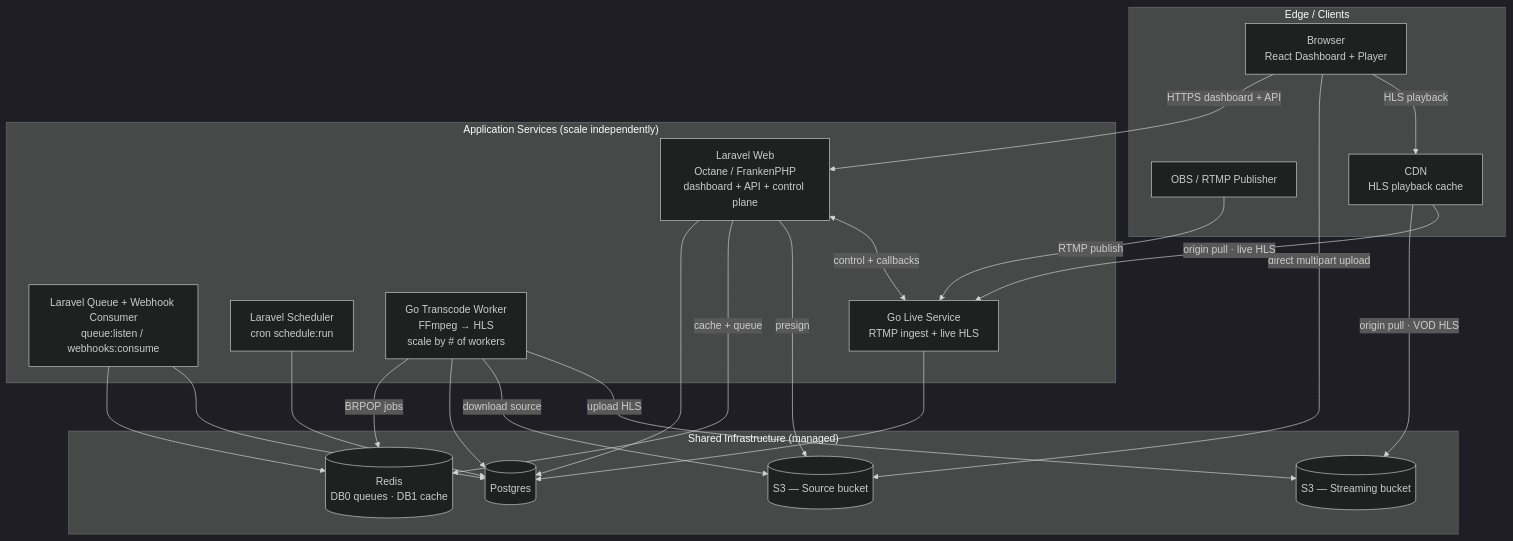
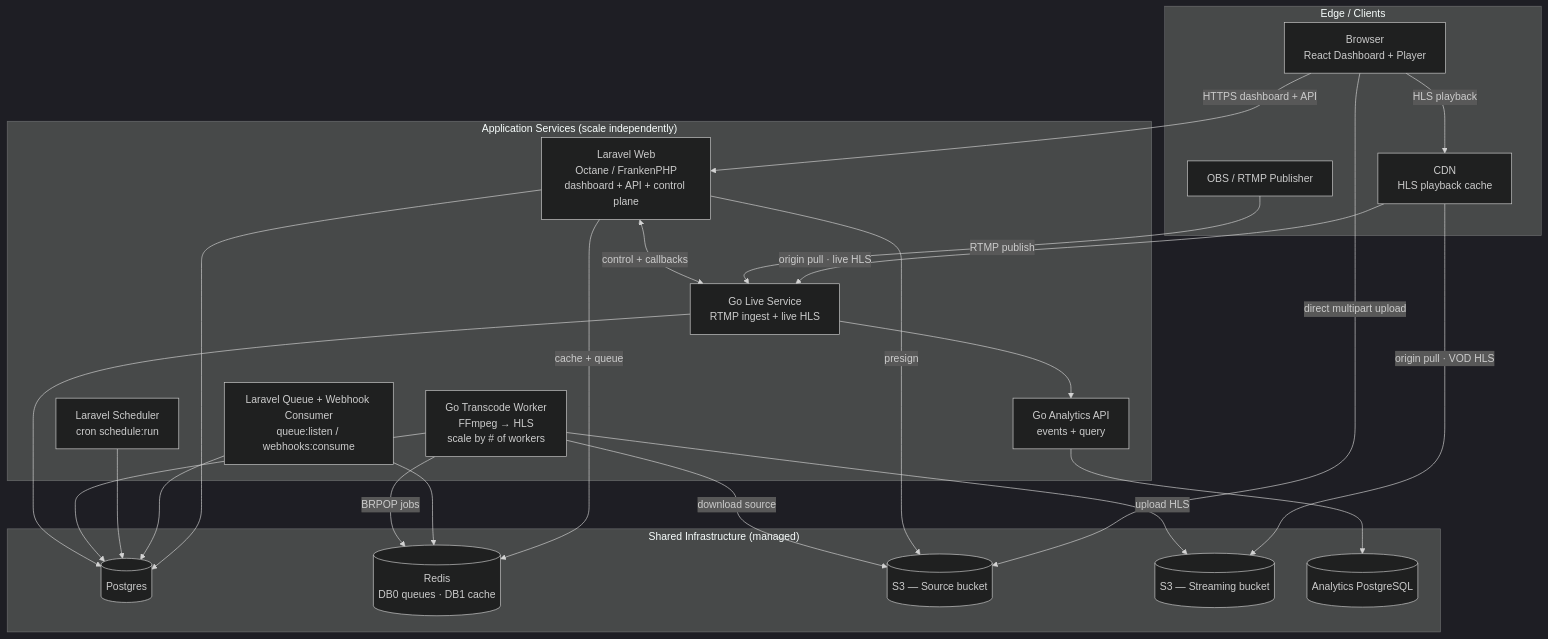
Before and after one commit to saturngod/oxygen: the second of 7 diagrams in README.md, drawn with Mermaid (dark theme). The commit also changed other lines of this file and 59 other files, not shown here.

````diff
--- a/README.md
+++ b/README.md
@@ -64,46 +68,50 @@
 ```mermaid
 graph TB
     subgraph edge["Edge / Clients"]
         BROWSER[Browser<br/>React Dashboard + Player]
         OBS[OBS / RTMP Publisher]
         CDN[CDN<br/>HLS playback cache]
     end
 
     subgraph app["Application Services (scale independently)"]
         LARAVEL[Laravel Web<br/>Octane / FrankenPHP<br/>dashboard + API + control plane]
         QUEUEW[Laravel Queue + Webhook Consumer<br/>queue:listen / webhooks:consume]
         SCHED[Laravel Scheduler<br/>cron schedule:run]
         TRANSCODER[Go Transcode Worker<br/>FFmpeg → HLS<br/>scale by # of workers]
         LIVE[Go Live Service<br/>RTMP ingest + live HLS]
+        ANALYTICS[Go Analytics API<br/>events + query]
     end
 
     subgraph data["Shared Infrastructure (managed)"]
         PG[(Postgres)]
         REDIS[(Redis<br/>DB0 queues · DB1 cache)]
         S3SRC[(S3 — Source bucket)]
         S3STR[(S3 — Streaming bucket)]
+        APG[(Analytics PostgreSQL)]
     end
 
     BROWSER -->|HTTPS dashboard + API| LARAVEL
     BROWSER -->|direct multipart upload| S3SRC
     BROWSER -->|HLS playback| CDN
     CDN -->|origin pull · VOD HLS| S3STR
     CDN -->|origin pull · live HLS| LIVE
     OBS -->|RTMP publish| LIVE
 
     LARAVEL --> PG
     LARAVEL -->|cache + queue| REDIS
     LARAVEL -->|presign| S3SRC
     LARAVEL <-->|control + callbacks| LIVE
 
     QUEUEW --> REDIS
     QUEUEW --> PG
     SCHED --> PG
 
     TRANSCODER -->|BRPOP jobs| REDIS
     TRANSCODER --> PG
     TRANSCODER -->|download source| S3SRC
     TRANSCODER -->|upload HLS| S3STR
 
     LIVE --> PG
+    LIVE --> ANALYTICS
+    ANALYTICS --> APG
 ```
````
